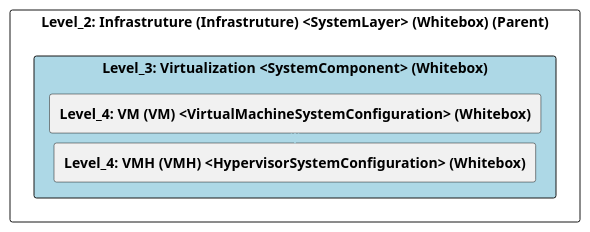
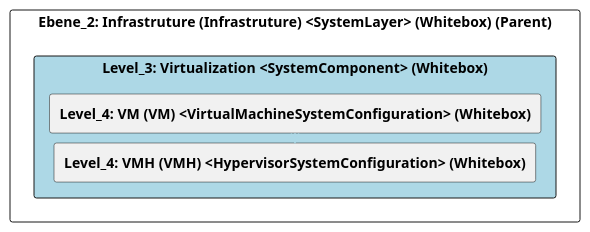
Before and after one commit to marcozwyssig/cleon: the diagram in src/cleon.architecturemethods.arc42.sample/doc/cleon_architecturemethods_arc42_sample_system/adoc/en/05_building_block_view/ikt/infrastruture/virtualization/level_3_virtualization.adoc, drawn with PlantUML. The commit also changed other lines of this file and 620 other files, not shown here.

```diff
--- a/src/cleon.architecturemethods.arc42.sample/doc/cleon_architecturemethods_arc42_sample_system/adoc/en/05_building_block_view/ikt/infrastruture/virtualization/level_3_virtualization.adoc
+++ b/src/cleon.architecturemethods.arc42.sample/doc/cleon_architecturemethods_arc42_sample_system/adoc/en/05_building_block_view/ikt/infrastruture/virtualization/level_3_virtualization.adoc
@@ -20,28 +20,28 @@
 [plantuml, Level_3: Virtualization <SystemComponent> (Whitebox)BlockOverview, format="svg"]
 ----
 @startuml Level_3: Virtualization <SystemComponent> (Whitebox)BuildingBlockOverview
 
 skinparam ranksep 10
 skinparam componentStyle rectangle
 skinparam shadowing false
 skinparam arrowColor lightblue
 skinparam arrowThickness 1.2
 skinparam rectangle {
   BackgroundColor White
   BorderColor #333
   RoundCorner 10
 }
 top to bottom direction
 
-component "Level_2: Infrastruture (Infrastruture) <SystemLayer> (Whitebox) (Parent)" {
+component "Ebene_2: Infrastruture (Infrastruture) <SystemLayer> (Whitebox) (Parent)" {
     component "Level_3: Virtualization <SystemComponent> (Whitebox)" #lightblue {
         [**Level_4: VM (VM) <VirtualMachineSystemConfiguration> (Whitebox)**] as B582462B_BEE0_11EF_B498_058EE446F8E7
         [**Level_4: VMH (VMH) <HypervisorSystemConfiguration> (Whitebox)**] as B581F80A_BEE0_11EF_B498_058EE446F8E7
     }
 
     B582462B_BEE0_11EF_B498_058EE446F8E7 -down-> B581F80A_BEE0_11EF_B498_058EE446F8E7
     
 }
 
 @enduml
 ----
```
